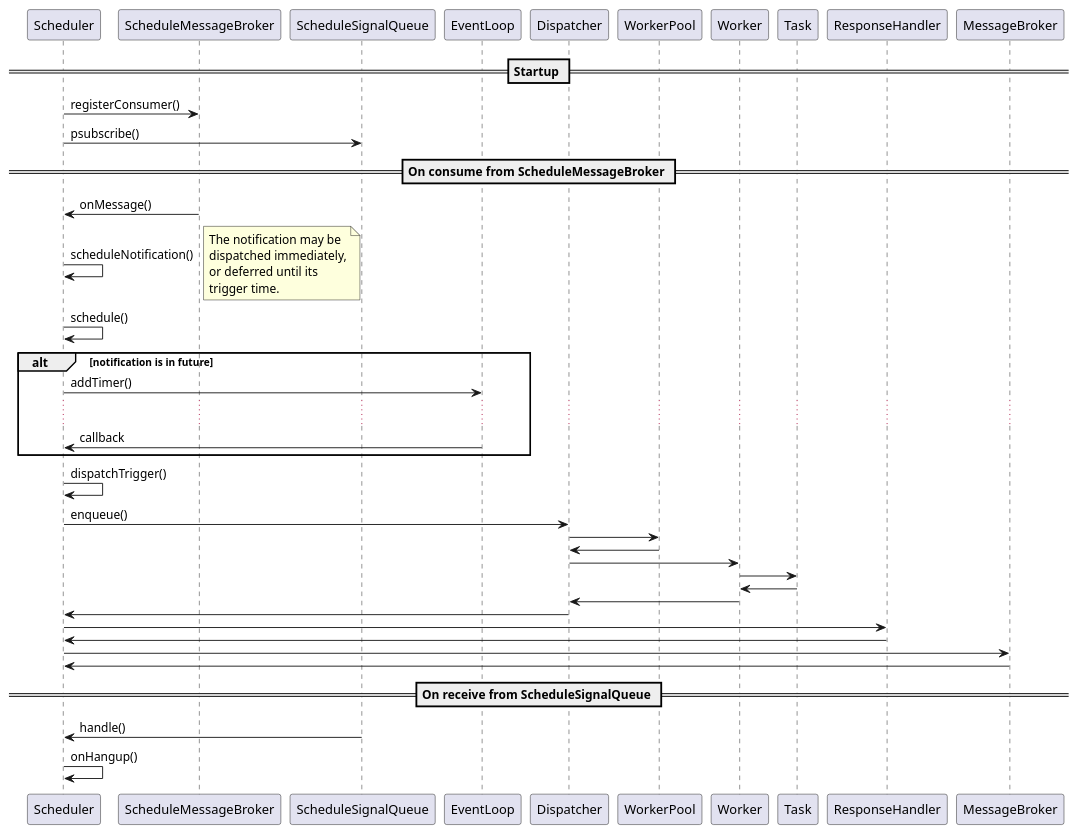
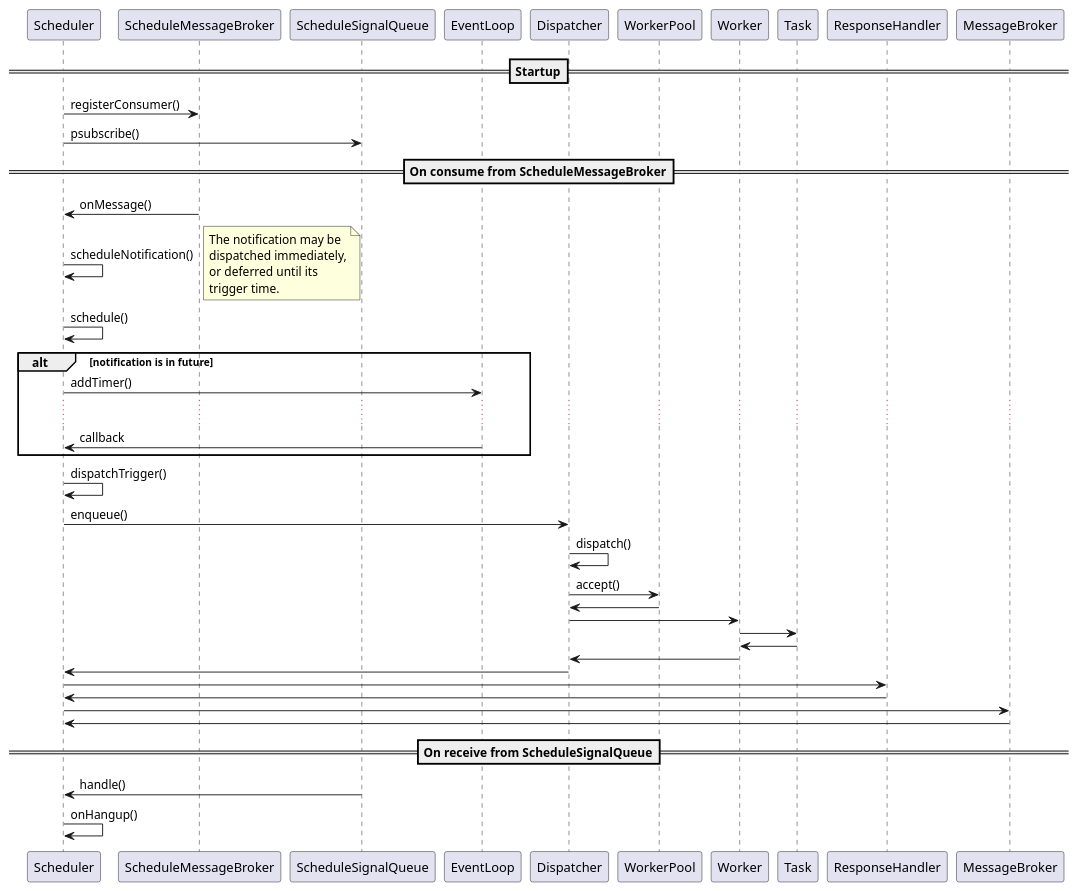
Before and after one commit to juliaattrevisan/schoolbox-api-docs: the first of 2 diagrams in docs/notifications/scheduling.plantuml, drawn with PlantUML. The commit also changed other lines of this file, not shown here.

Commit message:
Start to diagram what happens in enqueue() [SA-6488]

```diff
--- a/docs/notifications/scheduling.plantuml
+++ b/docs/notifications/scheduling.plantuml
@@ -1,51 +1,52 @@
 @startuml
 
-== Startup ==
+==Startup==
 
 Scheduler -> ScheduleMessageBroker : registerConsumer()
 Scheduler -> ScheduleSignalQueue : psubscribe()
 
-== On consume from ScheduleMessageBroker ==
+==On consume from ScheduleMessageBroker==
 
 ' Workflow on receive msg from msg broker
 Scheduler <- ScheduleMessageBroker : onMessage()
 Scheduler -> Scheduler : scheduleNotification()
 note right
     The notification may be
     dispatched immediately,
     or deferred until its
     trigger time.
 end note
 Scheduler -> Scheduler : schedule()
 
 alt notification is in future
 Scheduler -> EventLoop : addTimer()
 ...
 Scheduler <- EventLoop : callback
 end
 
 Scheduler -> Scheduler : dispatchTrigger()
 Scheduler -> Dispatcher : enqueue()
-Dispatcher -> WorkerPool
+Dispatcher -> Dispatcher : dispatch()
+Dispatcher -> WorkerPool : accept()
 Dispatcher <- WorkerPool
 Dispatcher -> Worker
 Worker -> Task
 Worker <- Task
 Dispatcher <- Worker
 Scheduler <- Dispatcher
 Scheduler -> ResponseHandler
 Scheduler <- ResponseHandler
 Scheduler -> MessageBroker
 Scheduler <- MessageBroker
 
-'== On receive from Worker ==
+'==On receive from Worker==
 '
 'Scheduler <- Worker : handleResponse()
 'Scheduler -> ScheduleMessageBroker
 
-== On receive from ScheduleSignalQueue ==
+==On receive from ScheduleSignalQueue==
 
 Scheduler <- ScheduleSignalQueue : handle()
 Scheduler -> Scheduler : onHangup()
 
 @enduml
```
